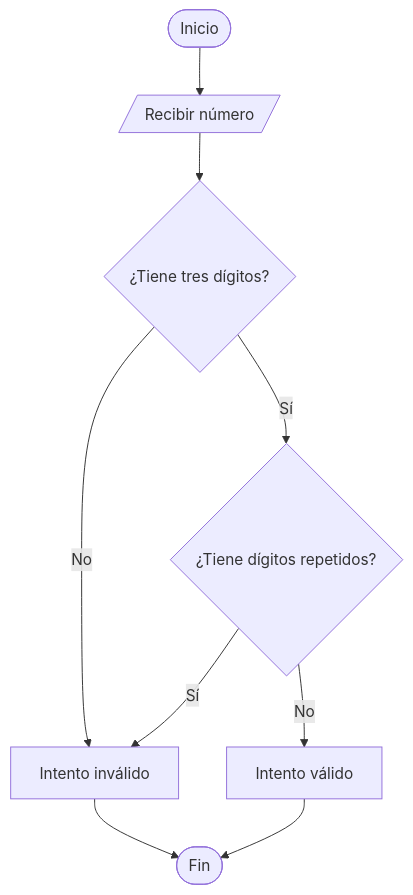
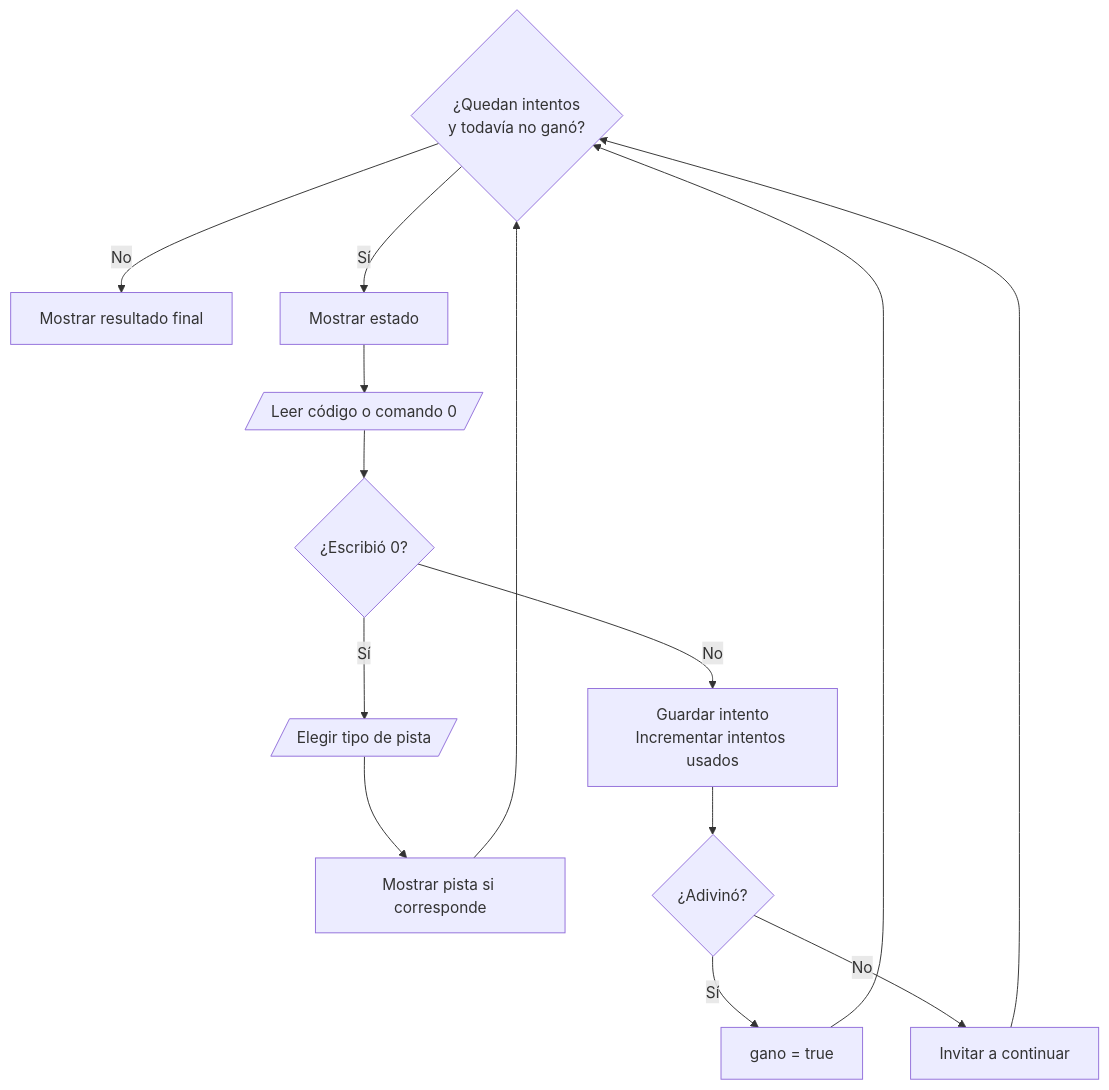
Before and after one commit to cesarszv/sis111-finalproject: the third of 6 diagrams in docs/pitch/06_diagramas_flujo.md, drawn with Mermaid. The commit also changed other lines of this file and 18 other files, not shown here.

````diff
--- a/docs/pitch/06_diagramas_flujo.md
+++ b/docs/pitch/06_diagramas_flujo.md
@@ -58,11 +37,16 @@
 ```mermaid
 flowchart TD
-    A([Inicio]) --> B[/Recibir número/]
-    B --> C{¿Tiene tres dígitos?}
-    C -- No --> D[Intento inválido]
-    C -- Sí --> E{¿Tiene dígitos repetidos?}
-    E -- Sí --> D
-    E -- No --> F[Intento válido]
-    D --> G([Fin])
-    F --> G
+    A{¿Quedan intentos<br/>y todavía no ganó?} -- No --> B[Mostrar resultado final]
+    A -- Sí --> C[Mostrar estado]
+    C --> D[/Leer código o comando 0/]
+    D --> E{¿Escribió 0?}
+    E -- Sí --> F[/Elegir tipo de pista/]
+    F --> G[Mostrar pista si corresponde]
+    G --> A
+    E -- No --> H[Guardar intento<br/>Incrementar intentos usados]
+    H --> I{¿Adivinó?}
+    I -- Sí --> J[gano = true]
+    I -- No --> K[Invitar a continuar]
+    J --> A
+    K --> A
 ```
````
